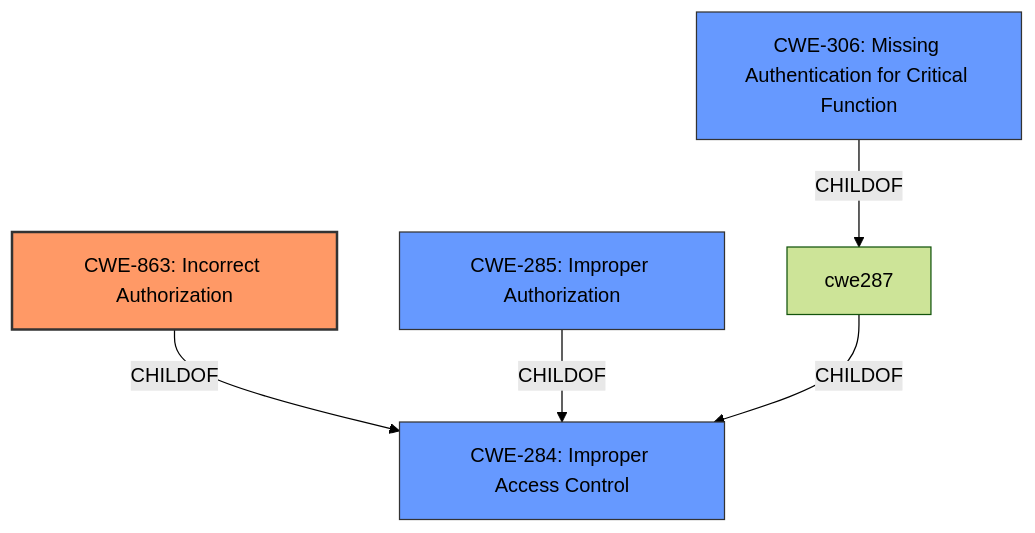
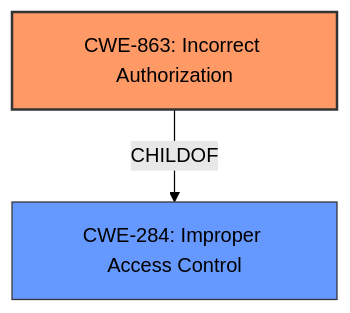
One commit to CyberSecAI/cwe_agent_assign_reports_2023 changed the diagram in CVE-2021-28799/CVE-2021-28799_analysis.md. Above: the diagram before and after it, drawn with Mermaid (forest theme). The commit also changed other lines of this file and 902 other files, not shown here.

````diff
--- a/CVE-2021-28799/CVE-2021-28799_analysis.md
+++ b/CVE-2021-28799/CVE-2021-28799_analysis.md
@@ -19,18 +17,12 @@
 ```mermaid
 graph TD
     cwe863["CWE-863: Incorrect Authorization"]
-    cwe285["CWE-285: Improper Authorization"]
     cwe284["CWE-284: Improper Access Control"]
-    cwe306["CWE-306: Missing Authentication for Critical Function"]
-
+    
     cwe863 -->|CHILDOF| cwe284
-    cwe285 -->|CHILDOF| cwe284
-    cwe306 -->|CHILDOF| cwe287
-    cwe287 -->|CHILDOF| cwe284
-
+    
     classDef primary fill:#f96,stroke:#333,stroke-width:2px
     classDef secondary fill:#69f,stroke:#333
-    classDef tertiary fill:#9e9,stroke:#333
     class cwe863 primary
-    class cwe285,cwe284,cwe306 secondary
+    class cwe284 secondary
 ```
````
